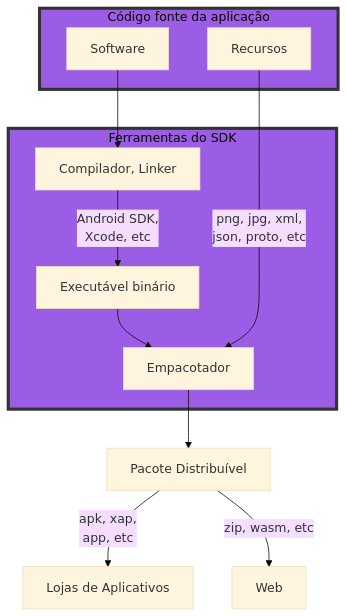
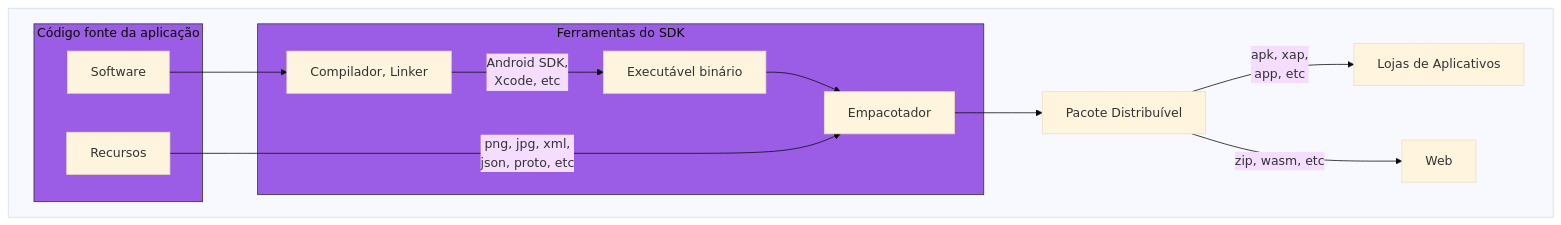
Before and after one commit to rsicarelli/KMP-101: the first of 4 diagrams in posts/KMP101-parte1.md, drawn with Mermaid (base theme). The commit also changed other lines of this file, not shown here.

````diff
--- a/posts/KMP101-parte1.md
+++ b/posts/KMP101-parte1.md
@@ -28,20 +38,22 @@
 ```mermaid
 graph TD
-    subgraph area1 ["Código fonte da aplicação"]
-        A[Código Fonte do Software]
-        C[Recursos]
+    subgraph " "
+        subgraph area1 ["Código fonte da aplicação"]
+            A[Código Fonte do Software]
+            C[Recursos]
+        end
+        subgraph area2 ["Ferramentas do SDK"]
+            B[Compilador, Linker]
+            D[Empacotador]
+            B -->|Android SDK,<br> Xcode, etc| E[Executável binário] --> D
+        end
+
+        A[Software] --> B
+        D --> F[Pacote Distribuível]
+        F -->|apk, xap, <br> app, etc| G[Lojas de Aplicativos]
+        F -->|zip, wasm, etc| GG[Web]
+        C -->|png, jpg, xml, <br> json, proto, etc| D[Empacotador]
+        classDef area fill: #9b5de5, stroke: #333, stroke-width: px;
+        class area1,area2 area
     end
-    subgraph area2 ["Ferramentas do SDK"]
-        B[Compilador, Linker]
-        D[Empacotador]
-        B -->|Android SDK,<br> Xcode, etc| E[Executável binário] --> D
-    end
-
-    A[Software] --> B
-    D --> F[Pacote Distribuível]
-    F -->|apk, xap, <br> app, etc| G[Lojas de Aplicativos]
-    F -->|zip, wasm, etc| GG[Web]
-    C -->|png, jpg, xml, <br> json, proto, etc| D[Empacotador]
-    classDef area fill: #9b5de5, stroke: #333, stroke-width: 4px;
-    class area1,area2 area
 ```
````
